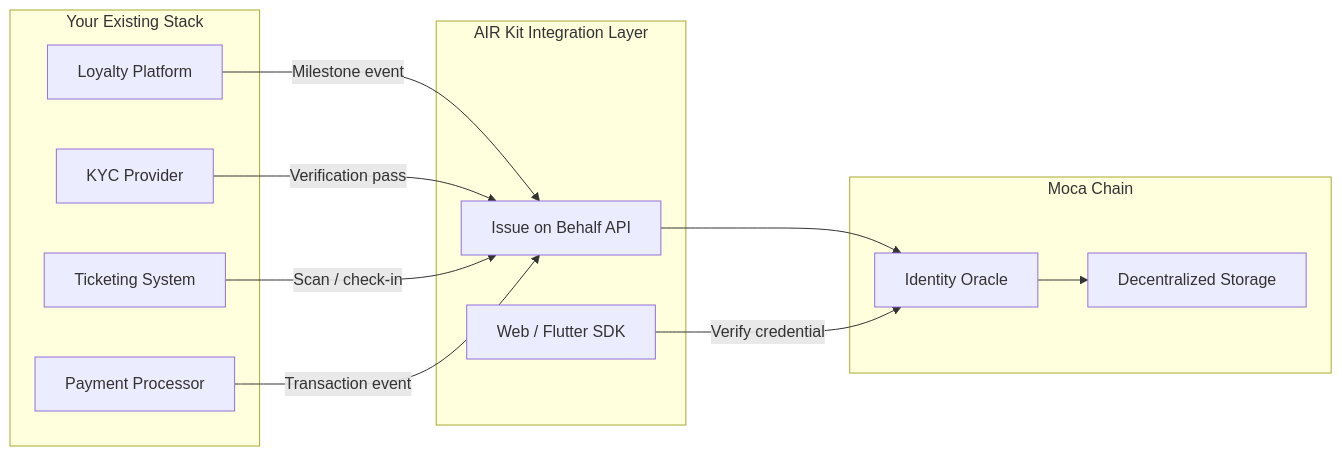
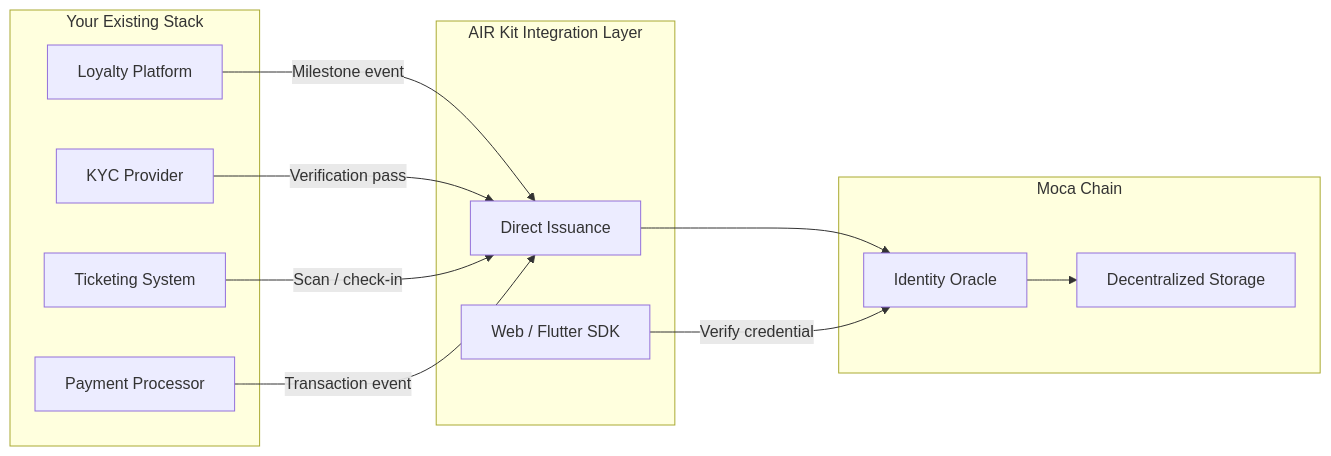
The sixth of 6 diagrams in airkit/guides/overview.mdx (MocaNetwork/docs), drawn with Mermaid before and after one commit. The commit also changed other lines of this file and 41 other files, not shown here.

First line of the commit message:
Upgrade docs for signature-based, issuer-sovereign architecture (#22)

````diff
--- a/airkit/guides/overview.mdx
+++ b/airkit/guides/overview.mdx
@@ -127,27 +126,27 @@
 ```mermaid
 graph LR
     subgraph Existing["Your Existing Stack"]
       L[Loyalty Platform]
       K[KYC Provider]
       T[Ticketing System]
       P[Payment Processor]
     end
 
     subgraph AIR["AIR Kit Integration Layer"]
-      IB[Issue on Behalf API]
+      IB[Direct Issuance]
       SDK2[Web / Flutter SDK]
     end
 
     subgraph MocaChain["Moca Chain"]
       ORC[Identity Oracle]
       STORE[Decentralized Storage]
     end
 
     L -->|Milestone event| IB
     K -->|Verification pass| IB
     T -->|Scan / check-in| IB
     P -->|Transaction event| IB
     IB --> ORC
     ORC --> STORE
     SDK2 -->|Verify credential| ORC
 ```
````
